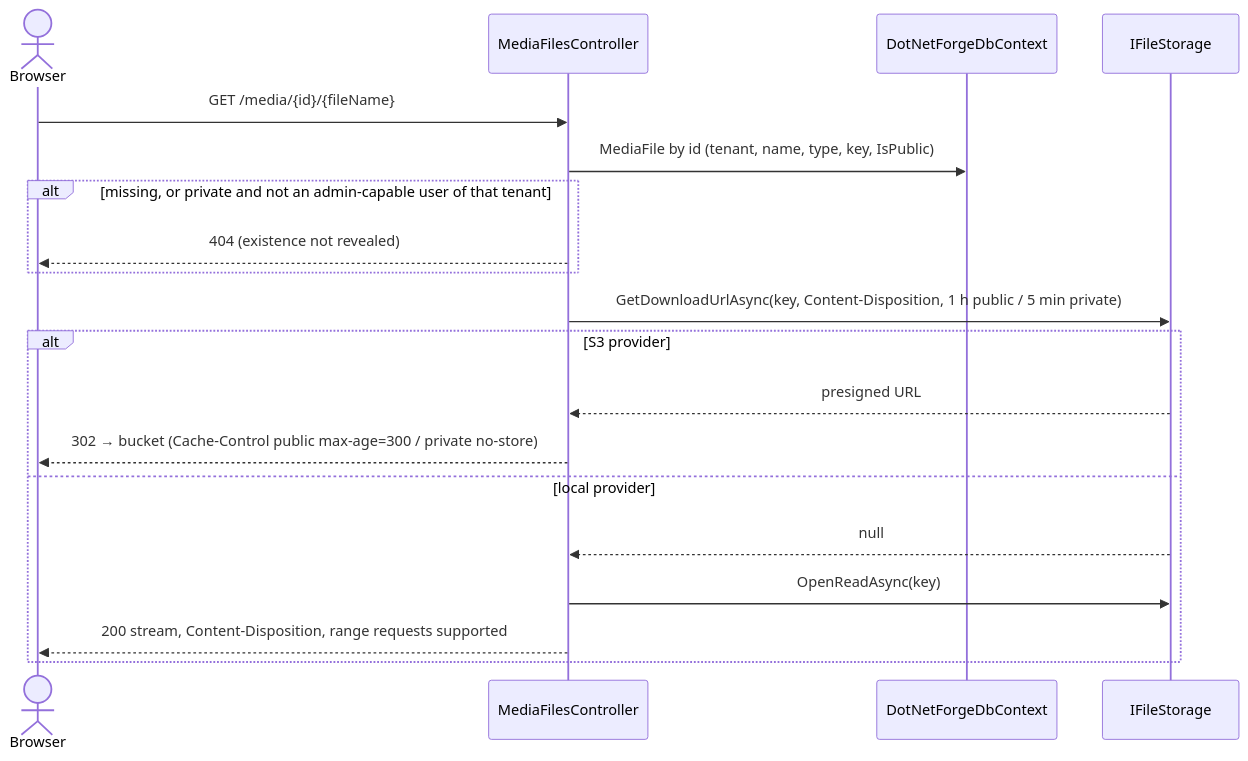
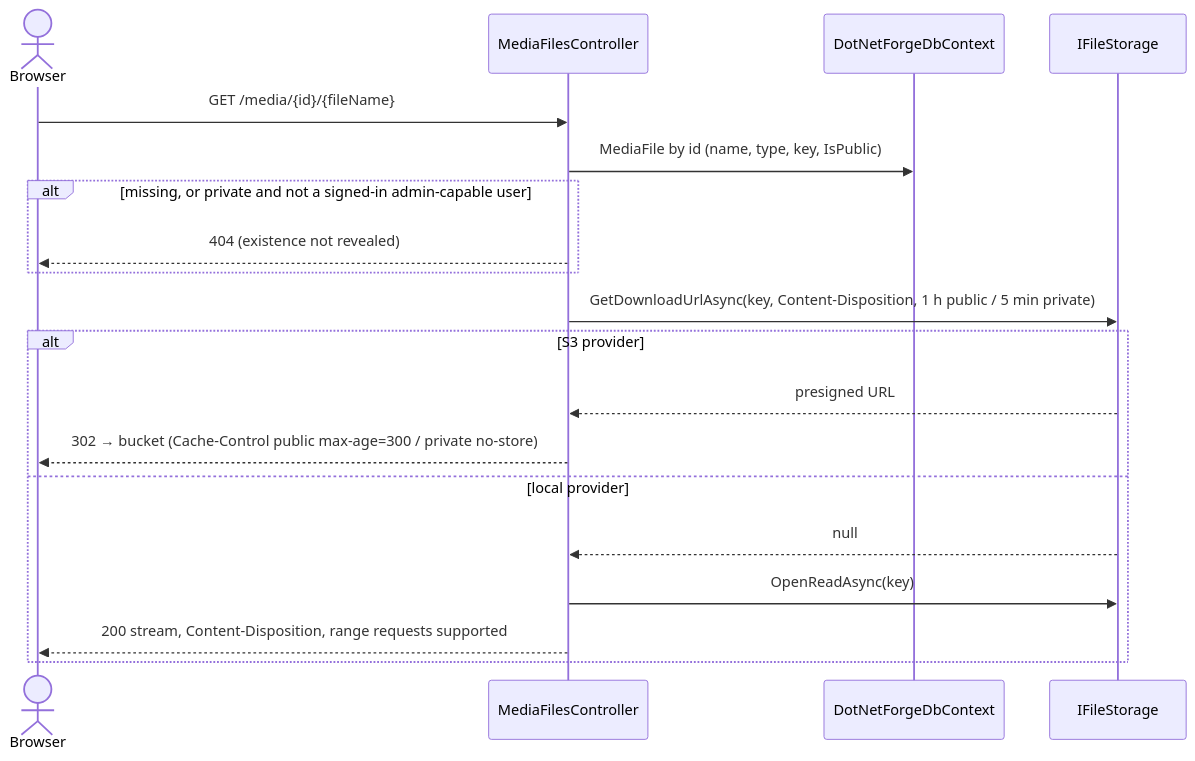
One commit to Albadit/DotNetForge changed the third of 3 diagrams in .docs/features/media-storage.md. Above: the diagram before and after it, drawn with Mermaid. The commit also changed other lines of this file and 306 other files, not shown here.

````diff
--- a/.docs/features/media-storage.md
+++ b/.docs/features/media-storage.md
@@ -171,21 +172,21 @@
 ```mermaid
 sequenceDiagram
     actor B as Browser
     participant D as MediaFilesController
     participant DB as DotNetForgeDbContext
     participant S as IFileStorage
     B->>D: GET /media/{id}/{fileName}
-    D->>DB: MediaFile by id (tenant, name, type, key, IsPublic)
-    alt missing, or private and not an admin-capable user of that tenant
+    D->>DB: MediaFile by id (name, type, key, IsPublic)
+    alt missing, or private and not a signed-in admin-capable user
         D-->>B: 404 (existence not revealed)
     end
     D->>S: GetDownloadUrlAsync(key, Content-Disposition, 1 h public / 5 min private)
     alt S3 provider
         S-->>D: presigned URL
         D-->>B: 302 → bucket (Cache-Control public max-age=300 / private no-store)
     else local provider
         S-->>D: null
         D->>S: OpenReadAsync(key)
         D-->>B: 200 stream, Content-Disposition, range requests supported
     end
 ```
````
